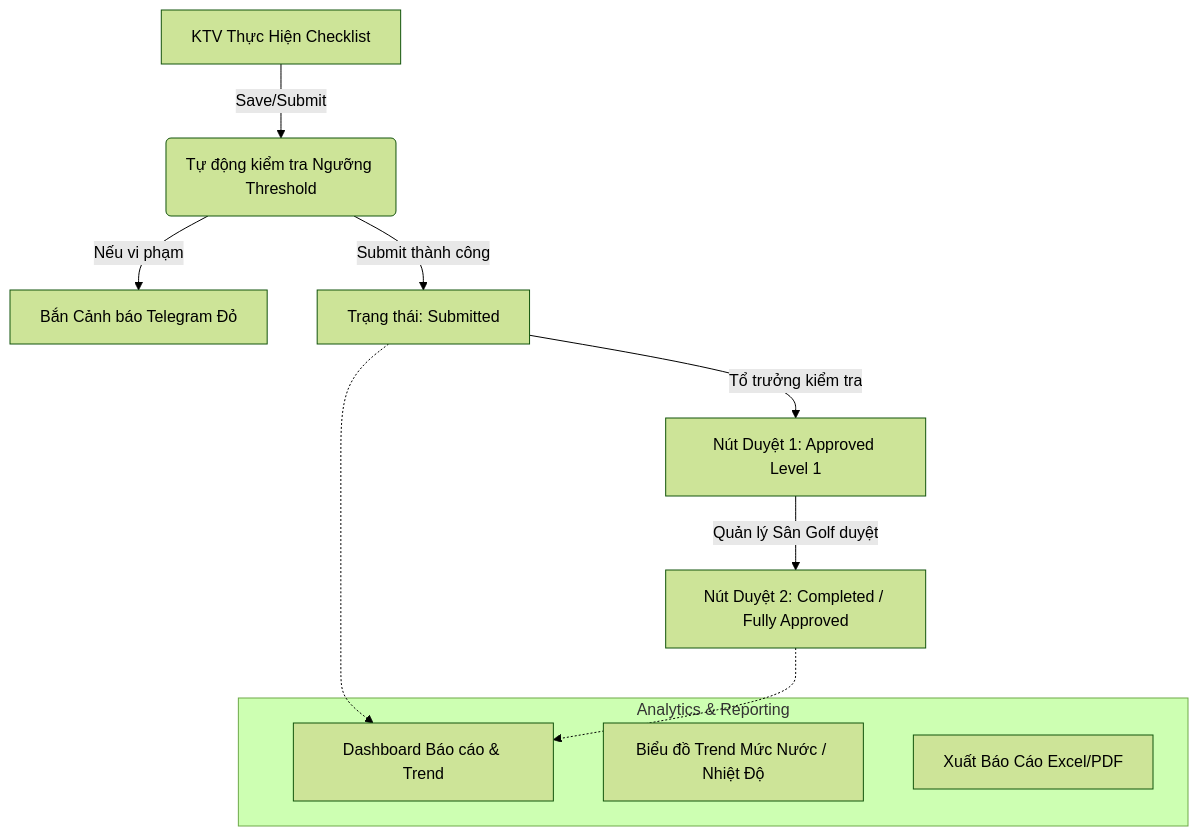
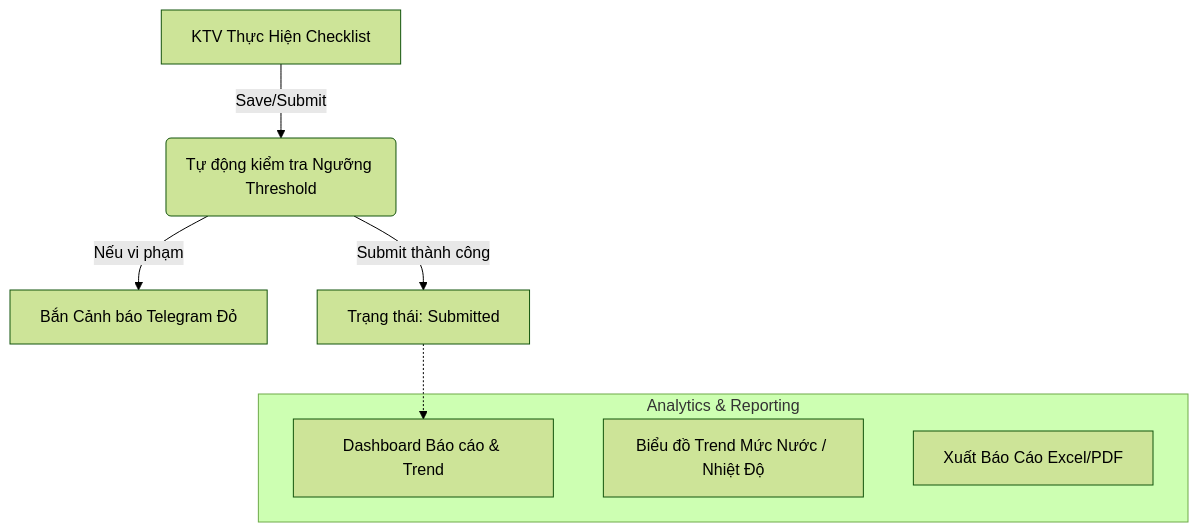
The diagram in docs/superpowers/specs/2026-07-24-golf-checklist-phase4-5-design.md (bandien/scan), drawn with Mermaid (forest theme) before and after one commit. The commit also changed other lines of this file, not shown here.

````diff
--- a/docs/superpowers/specs/2026-07-24-golf-checklist-phase4-5-design.md
+++ b/docs/superpowers/specs/2026-07-24-golf-checklist-phase4-5-design.md
@@ -14,17 +14,14 @@
 ```mermaid
 flowchart TD
     A[KTV Thực Hiện Checklist] -->|Save/Submit| B(Tự động kiểm tra Ngưỡng Threshold)
     B -->|Nếu vi phạm| C[Bắn Cảnh báo Telegram Đỏ]
     B -->|Submit thành công| D[Trạng thái: Submitted]
-    D -->|Tổ trưởng kiểm tra| E[Nút Duyệt 1: Approved Level 1]
-    E -->|Quản lý Sân Golf duyệt| F[Nút Duyệt 2: Completed / Fully Approved]
     
     subgraph Analytics & Reporting
         G[Dashboard Báo cáo & Trend]
         H[Biểu đồ Trend Mức Nước / Nhiệt Độ]
         I[Xuất Báo Cáo Excel/PDF]
     end
     
     D -.-> G
-    F -.-> G
 ```
````
